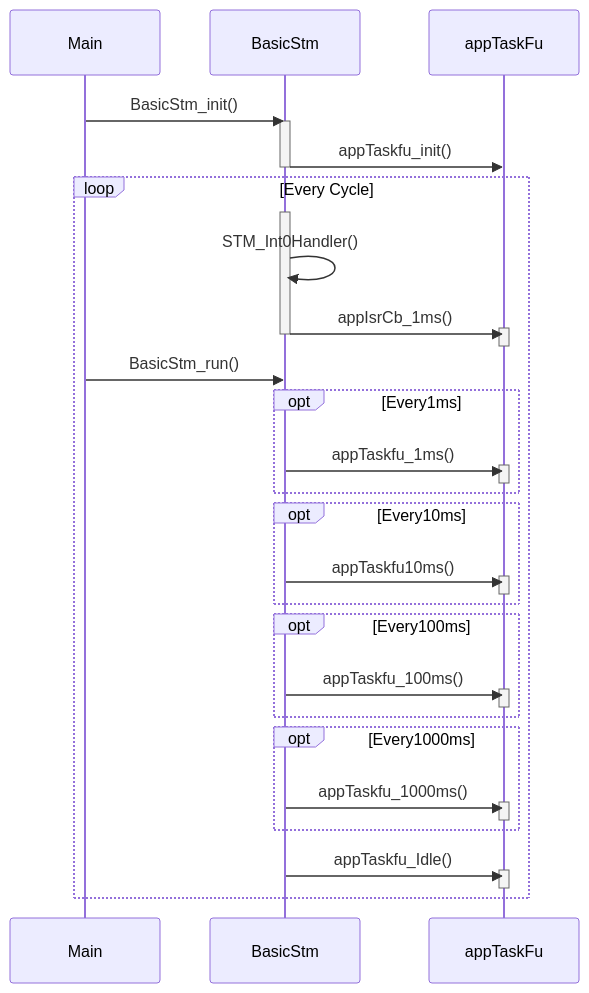
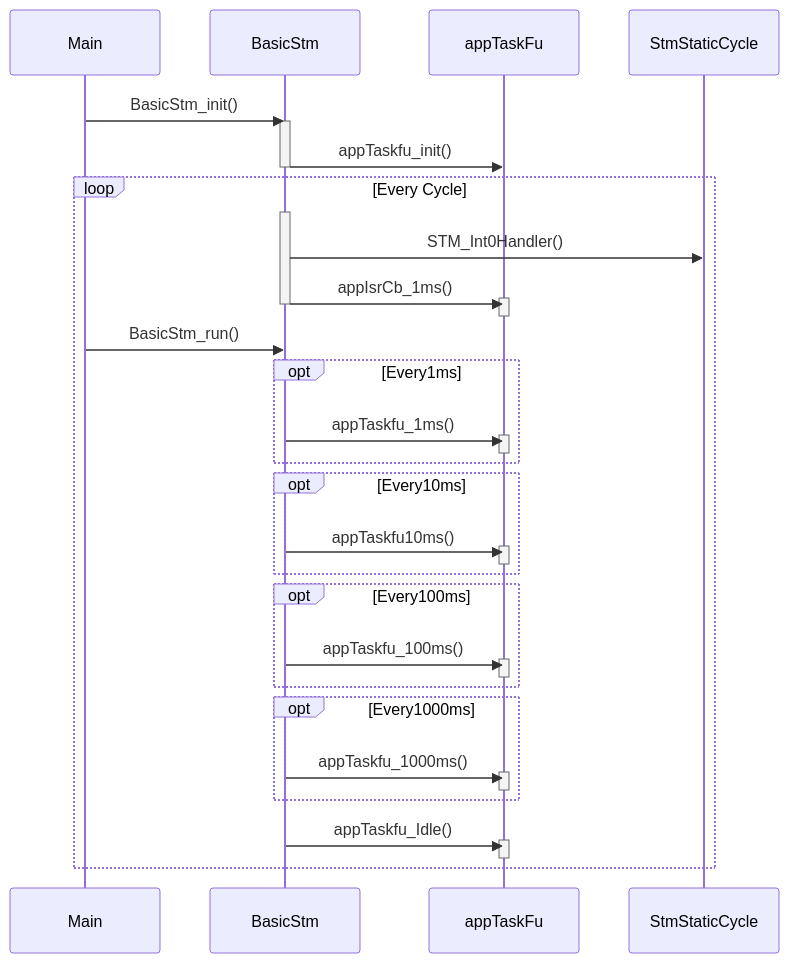
One commit to realsosy/AurixTutorial changed the third of 4 diagrams in docs/MultipleInfiniteLoops.md. Above: the diagram before and after it, drawn with Mermaid. The commit also changed other lines of this file and 10 other files, not shown here.

Commit message:
프로젝트에 StaticCycle 모듈 추가, 문서 수정

````diff
--- a/docs/MultipleInfiniteLoops.md
+++ b/docs/MultipleInfiniteLoops.md
@@ -167,39 +168,39 @@
 ```mermaid
 sequenceDiagram
 	Main ->> BasicStm: BasicStm_init()
 	activate BasicStm
 	BasicStm ->> appTaskFu: appTaskfu_init()
 	deactivate BasicStm
 	loop Every Cycle
 		activate BasicStm
-		BasicStm ->> BasicStm: STM_Int0Handler()
+		BasicStm ->> StmStaticCycle: STM_Int0Handler()
 		BasicStm ->> appTaskFu: appIsrCb_1ms()
             activate appTaskFu
             deactivate appTaskFu
 		deactivate BasicStm
 		Main ->> BasicStm: BasicStm_run()
         opt Every1ms
         	BasicStm ->> appTaskFu: appTaskfu_1ms()
             activate appTaskFu
             deactivate appTaskFu
         end
         opt Every10ms
         	BasicStm ->> appTaskFu: appTaskfu10ms()
             activate appTaskFu
             deactivate appTaskFu
         end
         opt Every100ms
         	BasicStm ->> appTaskFu: appTaskfu_100ms()
             activate appTaskFu
             deactivate appTaskFu
         end
         opt Every1000ms
         	BasicStm ->> appTaskFu: appTaskfu_1000ms()
             activate appTaskFu
             deactivate appTaskFu
         end
        	BasicStm ->> appTaskFu: appTaskfu_Idle()
             activate appTaskFu
             deactivate appTaskFu
     end
 ```
````
